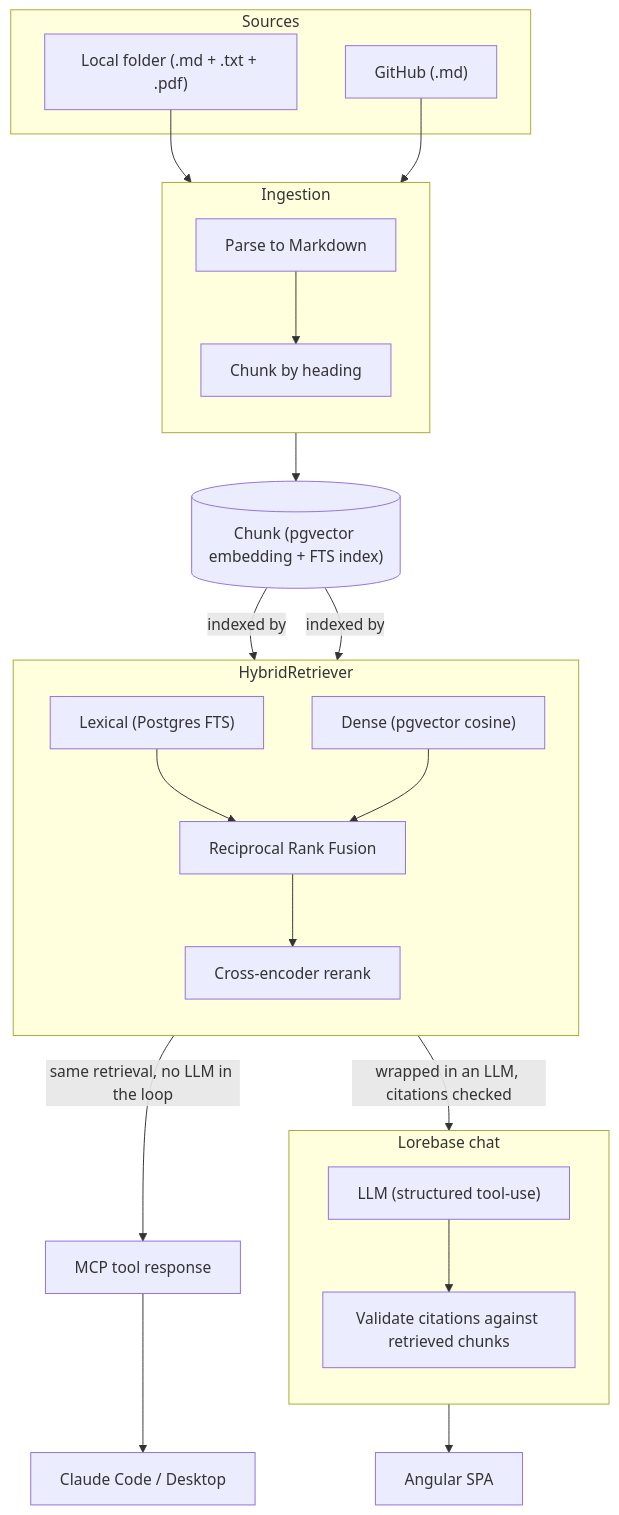
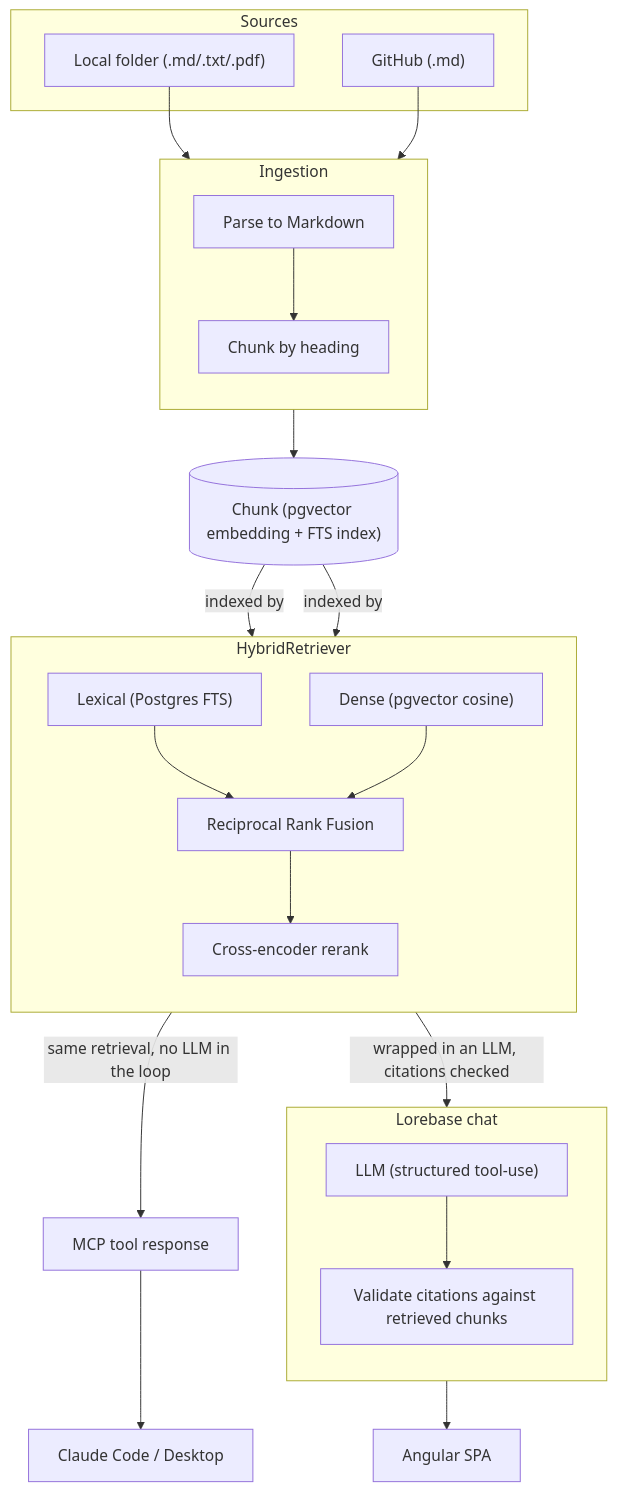
The diagram in README.md (murraco/lorebase), drawn with Mermaid before and after one commit. The commit also changed 2 other files, not shown here.

Commit message:
Fix workspace_id type mismatch in the MCP tools

````diff
--- a/README.md
+++ b/README.md
@@ -54,46 +54,46 @@
 ```mermaid
 flowchart TB
     subgraph SRC["Sources"]
-        local["Local folder (.md + .txt + .pdf)"]
+        local["Local folder (.md/.txt/.pdf)"]
         gh["GitHub (.md)"]
     end
 
     subgraph ING["Ingestion"]
         direction TB
         parse["Parse to Markdown"]
         chunk["Chunk by heading"]
         parse --> chunk
     end
 
     store[("Chunk (pgvector embedding + FTS index)")]
 
     subgraph RET["HybridRetriever"]
         direction TB
         lex["Lexical (Postgres FTS)"]
         dense["Dense (pgvector cosine)"]
         rrf["Reciprocal Rank Fusion"]
         rerank["Cross-encoder rerank"]
         lex --> rrf
         dense --> rrf
         rrf --> rerank
     end
 
     subgraph CHAT["Lorebase chat"]
         direction TB
         llm["LLM (structured tool-use)"]
         verify["Validate citations against retrieved chunks"]
         llm --> verify
     end
 
     local --> parse
     gh --> parse
     chunk --> store
     store -->|indexed by| lex
     store -->|indexed by| dense
 
     rerank -->|"wrapped in an LLM, citations checked"| llm
     rerank -->|"same retrieval, no LLM in the loop"| mcp["MCP tool response"]
 
     verify --> spa["Angular SPA"]
     mcp --> claude["Claude Code / Desktop"]
 ```
````
